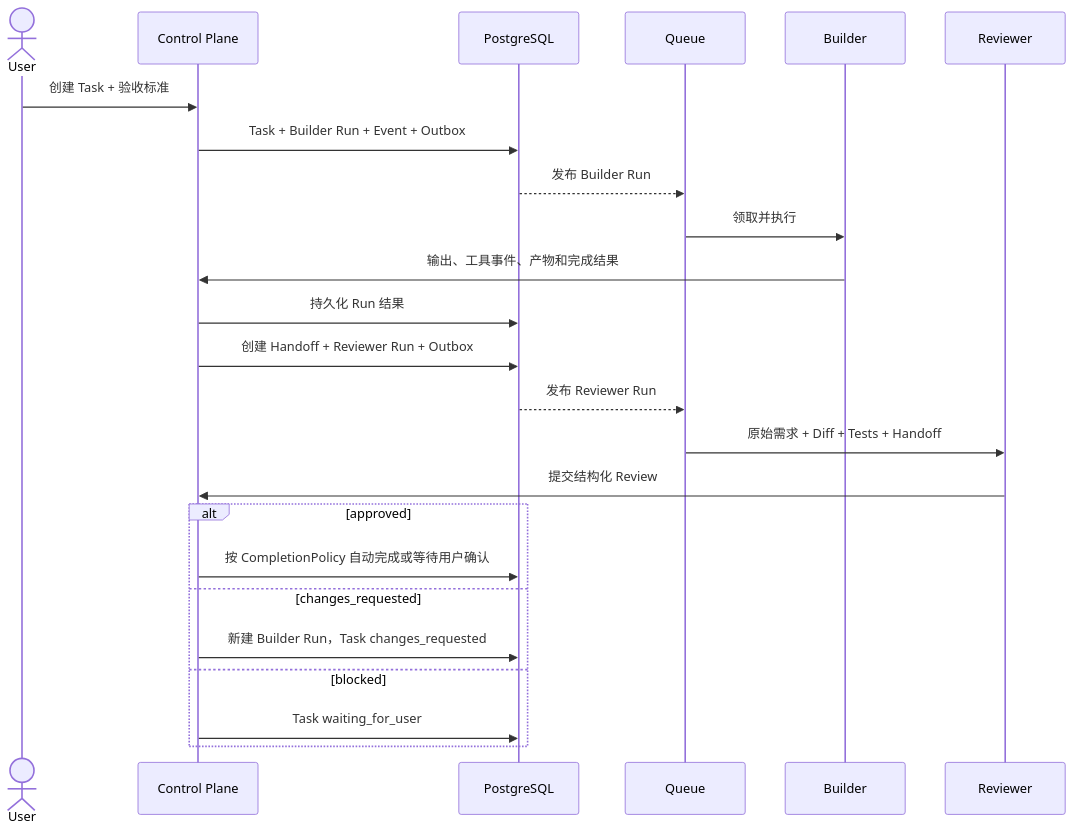
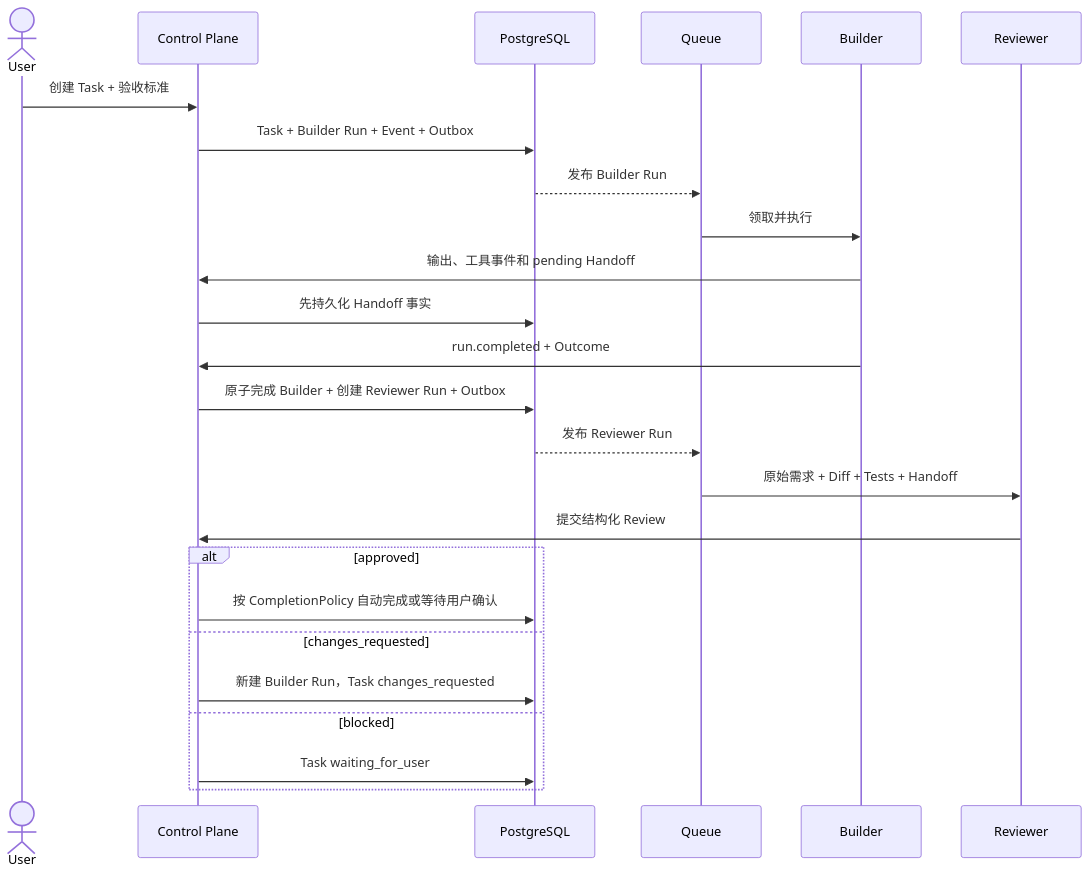
Before and after one commit to zishuo-xu/relay-hub: the first of 2 diagrams in docs/09-overall-design-baseline.md, drawn with Mermaid. The commit also changed other lines of this file and 27 other files, not shown here.

````diff
--- a/docs/09-overall-design-baseline.md
+++ b/docs/09-overall-design-baseline.md
@@ -157,27 +157,28 @@
 ```mermaid
 sequenceDiagram
     actor User
     participant API as Control Plane
     participant DB as PostgreSQL
     participant Q as Queue
     participant B as Builder
     participant R as Reviewer
 
     User->>API: 创建 Task + 验收标准
     API->>DB: Task + Builder Run + Event + Outbox
     DB-->>Q: 发布 Builder Run
     Q->>B: 领取并执行
-    B->>API: 输出、工具事件、产物和完成结果
-    API->>DB: 持久化 Run 结果
-    API->>DB: 创建 Handoff + Reviewer Run + Outbox
+    B->>API: 输出、工具事件和 pending Handoff
+    API->>DB: 先持久化 Handoff 事实
+    B->>API: run.completed + Outcome
+    API->>DB: 原子完成 Builder + 创建 Reviewer Run + Outbox
     DB-->>Q: 发布 Reviewer Run
     Q->>R: 原始需求 + Diff + Tests + Handoff
     R->>API: 提交结构化 Review
     alt approved
       API->>DB: 按 CompletionPolicy 自动完成或等待用户确认
     else changes_requested
       API->>DB: 新建 Builder Run，Task changes_requested
     else blocked
       API->>DB: Task waiting_for_user
     end
 ```
````
